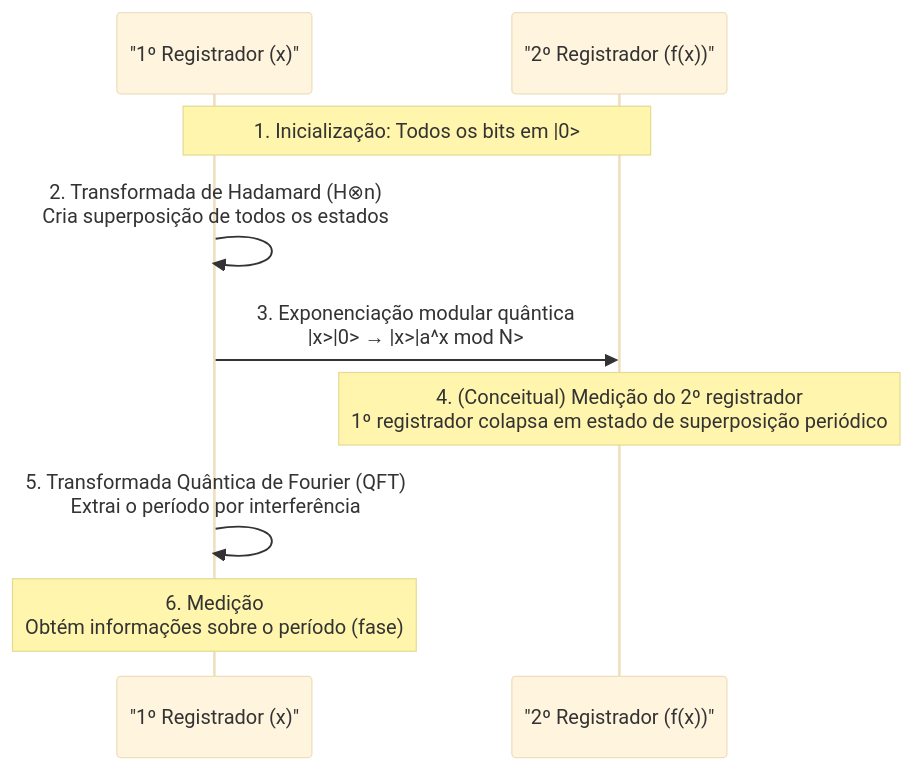
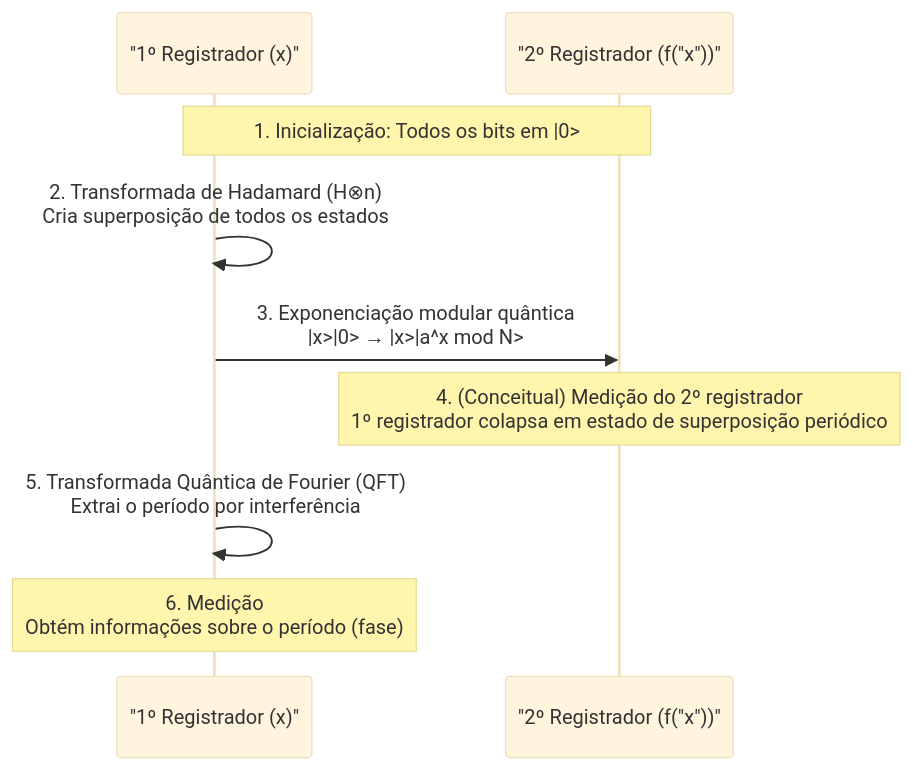
Before and after one commit to kenjinote/blog: the second of 2 diagrams in content/post/quantum-computing-shors-algorithm/index.pt.md, drawn with Mermaid (base theme). The commit also changed 929 other files, not shown here.

Commit message:
fix: Add double quotes to all Mermaid node texts to resolve syntax errors

````diff
--- a/content/post/quantum-computing-shors-algorithm/index.pt.md
+++ b/content/post/quantum-computing-shors-algorithm/index.pt.md
@@ -197,12 +197,12 @@
 ```mermaid
 sequenceDiagram
     participant Q_Reg1 as "1º Registrador (x)"
-    participant Q_Reg2 as "2º Registrador (f(x))"
+    participant Q_Reg2 as "2º Registrador (f("x"))"
     
     Note over Q_Reg1,Q_Reg2: 1. Inicialização: Todos os bits em |0>
     Q_Reg1->>Q_Reg1: 2. Transformada de Hadamard (H⊗n) <br/>Cria superposição de todos os estados
     Q_Reg1->>Q_Reg2: 3. Exponenciação modular quântica <br/> |x>|0> → |x>|a^x mod N>
     Note over Q_Reg2: 4. (Conceitual) Medição do 2º registrador<br/>1º registrador colapsa em estado de superposição periódico
     Q_Reg1->>Q_Reg1: 5. Transformada Quântica de Fourier (QFT)<br/>Extrai o período por interferência
     Note over Q_Reg1: 6. Medição<br/>Obtém informações sobre o período (fase)
 ```
````
